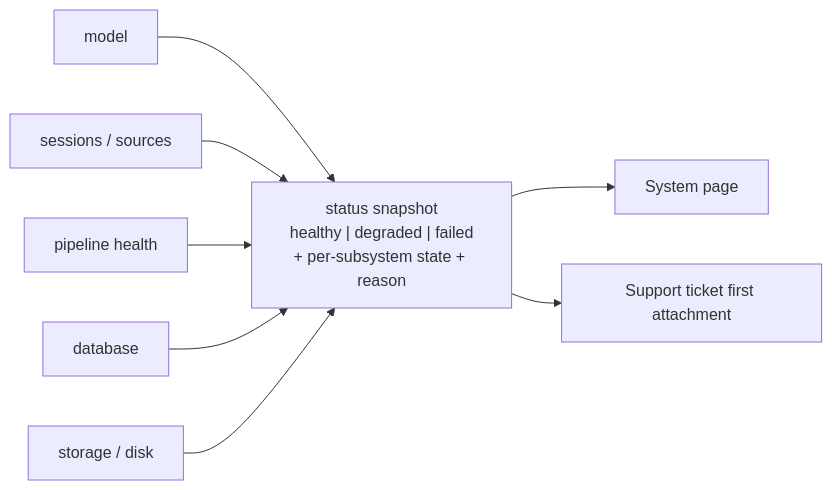
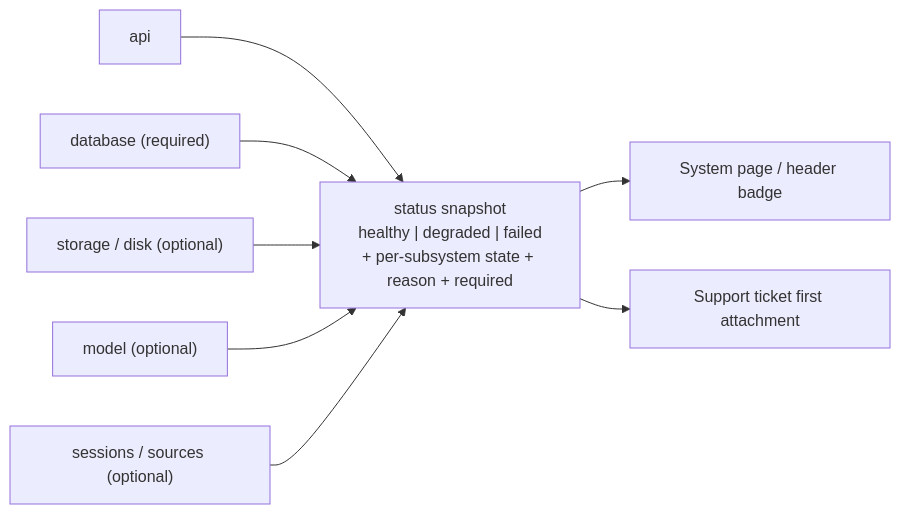
Before and after one commit to okwedavid/VisionOPs: the second of 2 diagrams in docs/OBSERVABILITY.md, drawn with Mermaid. The commit also changed other lines of this file and 20 other files, not shown here.

````diff
--- a/docs/OBSERVABILITY.md
+++ b/docs/OBSERVABILITY.md
@@ -191,11 +191,11 @@
 ```mermaid
 flowchart LR
-  M["model"] --> S
-  SS["sessions / sources"] --> S
-  P["pipeline health"] --> S
-  D["database"] --> S
-  F["storage / disk"] --> S
-  S["status snapshot<br/>healthy | degraded | failed<br/>+ per-subsystem state + reason"]
-  S --> UI["System page"]
+  API["api"] --> S
+  D["database (required)"] --> S
+  F["storage / disk (optional)"] --> S
+  M["model (optional)"] --> S
+  SS["sessions / sources (optional)"] --> S
+  S["status snapshot<br/>healthy | degraded | failed<br/>+ per-subsystem state + reason + required"]
+  S --> UI["System page / header badge"]
   S --> SUP["Support ticket first attachment"]
 ```
````
